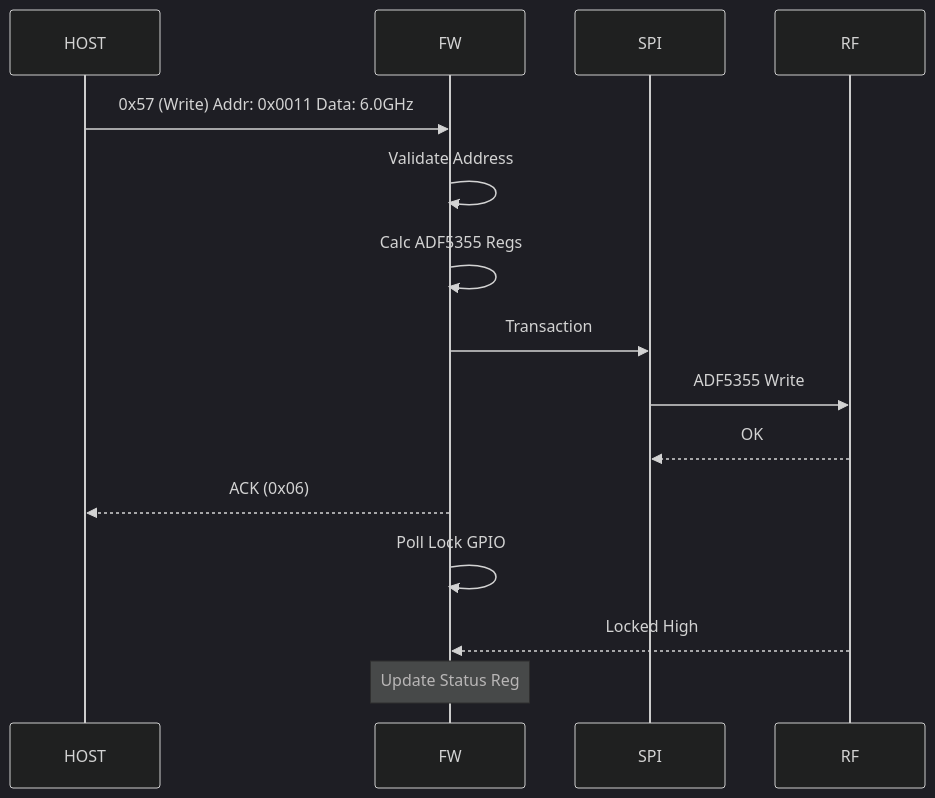
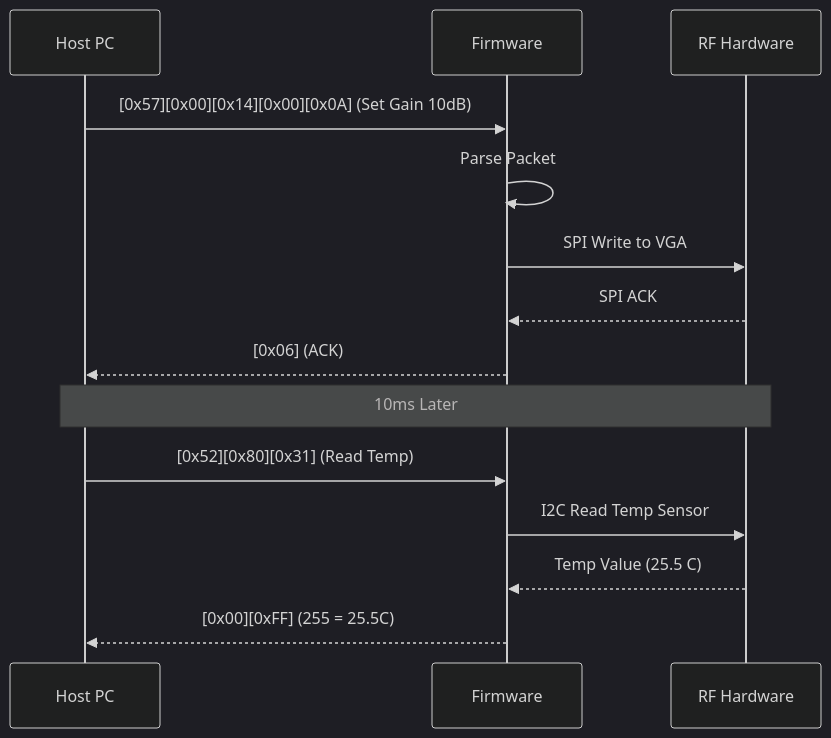
The third of 6 diagrams in SRS_receiver.md (bala9066/AI_S2S_Code), drawn with Mermaid (dark theme) before and after one commit. The commit also changed other lines of this file and 31 other files, not shown here.

````diff
--- a/SRS_receiver.md
+++ b/SRS_receiver.md
@@ -767,17 +524,19 @@
 ```mermaid
 sequenceDiagram
-    participant HOST
-    participant FW
-    participant SPI
-    participant RF
-    HOST->>FW: 0x57 (Write) Addr: 0x0011 Data: 6.0GHz
-    FW->>FW: Validate Address
-    FW->>FW: Calc ADF5355 Regs
-    FW->>SPI: Transaction
-    SPI->>RF: ADF5355 Write
-    RF-->>SPI: OK
-    FW-->>HOST: ACK (0x06)
-    FW->>FW: Poll Lock GPIO
-    RF-->>FW: Locked High
-    Note over FW: Update Status Reg
+    participant HOST as Host PC
+    participant FW as Firmware
+    participant HW as RF Hardware
+    
+    HOST->>FW: [0x57][0x00][0x14][0x00][0x0A] (Set Gain 10dB)
+    FW->>FW: Parse Packet
+    FW->>HW: SPI Write to VGA
+    HW-->>FW: SPI ACK
+    FW-->>HOST: [0x06] (ACK)
+    
+    Note over HOST,HW: 10ms Later
+    
+    HOST->>FW: [0x52][0x80][0x31] (Read Temp)
+    FW->>HW: I2C Read Temp Sensor
+    HW-->>FW: Temp Value (25.5 C)
+    FW-->>HOST: [0x00][0xFF] (255 = 25.5C)
 ```
````
